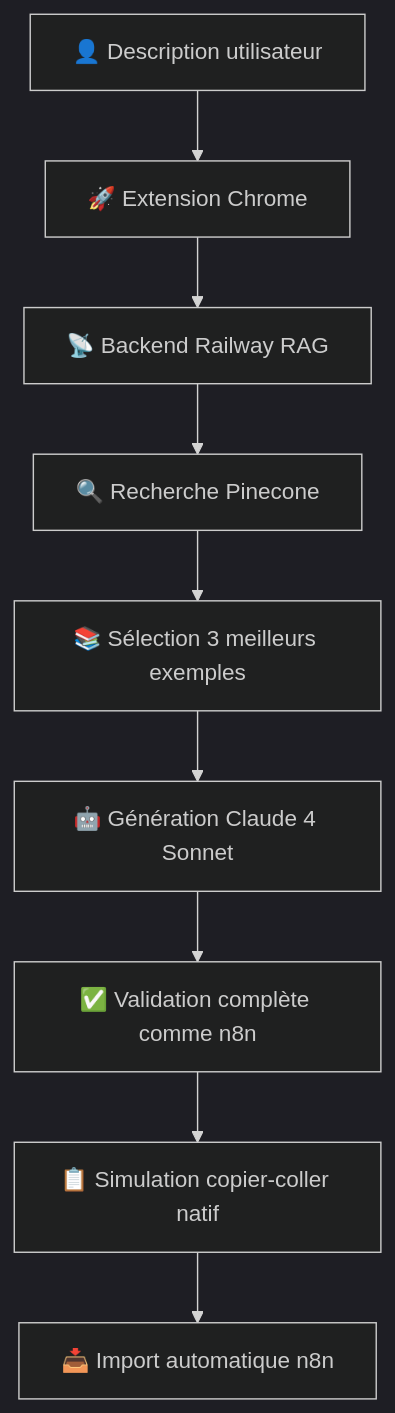
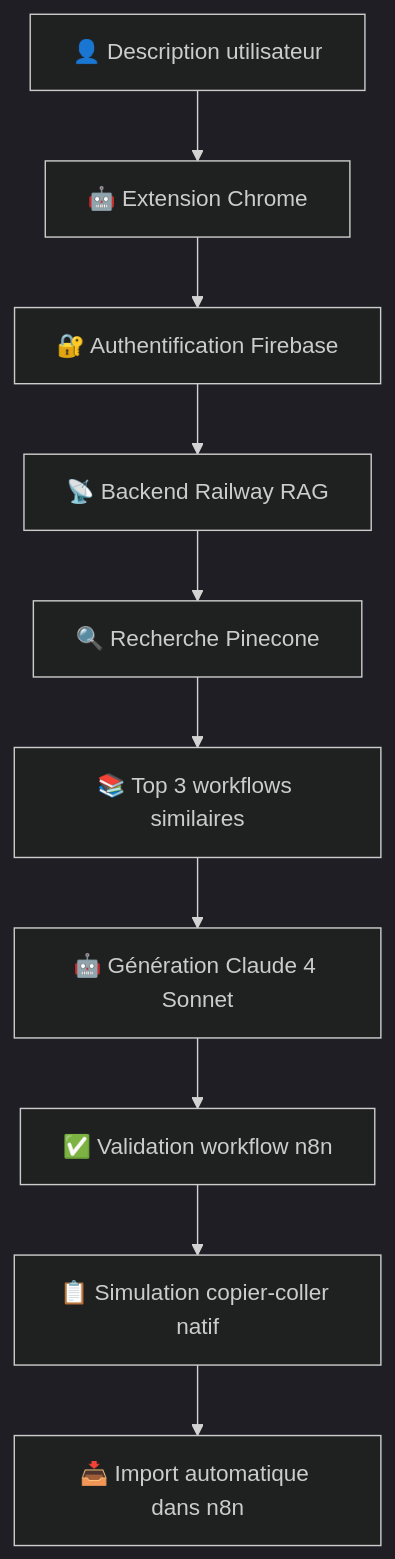
One commit to tirones-123/vibe-n8n changed the diagram in vibe-n8n-chrome-extension/README.md. Above: the diagram before and after it, drawn with Mermaid (dark theme). The commit also changed other lines of this file and 10 other files, not shown here.

````diff
--- a/vibe-n8n-chrome-extension/README.md
+++ b/vibe-n8n-chrome-extension/README.md
@@ -143,11 +169,12 @@
 ```mermaid
 graph TD
-    A[👤 Description utilisateur] --> B[🚀 Extension Chrome]
-    B --> C[📡 Backend Railway RAG]
-    C --> D[🔍 Recherche Pinecone]
-    D --> E[📚 Sélection 3 meilleurs exemples]
-    E --> F[🤖 Génération Claude 4 Sonnet]
-    F --> G[✅ Validation complète comme n8n]
-    G --> H[📋 Simulation copier-coller natif]
-    H --> I[📥 Import automatique n8n]
+    A[👤 Description utilisateur] --> B[🤖 Extension Chrome]
+    B --> C[🔐 Authentification Firebase]
+    C --> D[📡 Backend Railway RAG]
+    D --> E[🔍 Recherche Pinecone]
+    E --> F[📚 Top 3 workflows similaires]
+    F --> G[🤖 Génération Claude 4 Sonnet]
+    G --> H[✅ Validation workflow n8n]
+    H --> I[📋 Simulation copier-coller natif]
+    I --> J[📥 Import automatique dans n8n]
 ```
````
